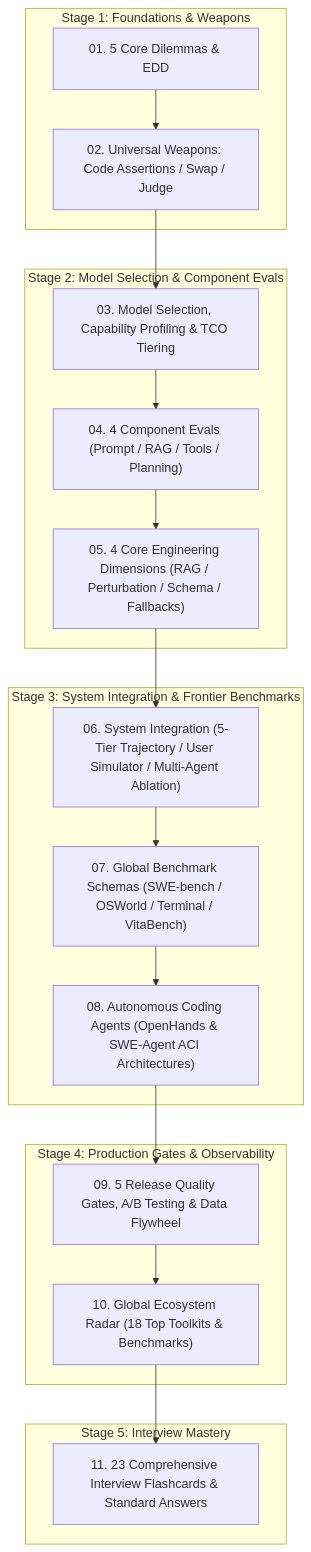
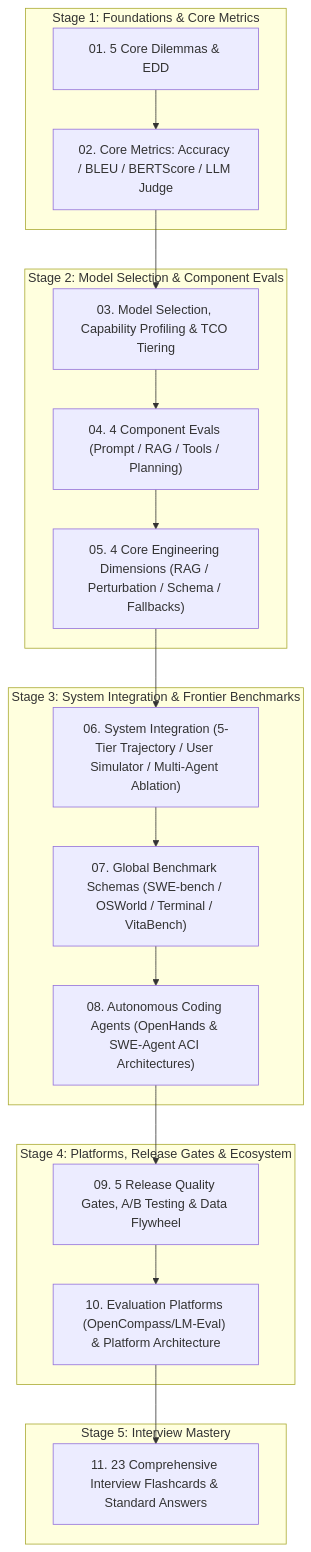
The diagram in README_EN.md (Anlon-27/awesome-agent-eval), drawn with Mermaid before and after one commit. The commit also changed other lines of this file and 3 other files, not shown here.

Commit message:
feat: Add core metrics (Accuracy, BLEU, BERTScore) & OpenCompass evaluation platform architecture

````diff
--- a/README_EN.md
+++ b/README_EN.md
@@ -30,27 +30,27 @@
 ```mermaid
 graph TD
-    subgraph STAGE1["Stage 1: Foundations & Weapons"]
-        D1["01. 5 Core Dilemmas & EDD"] --> D2["02. Universal Weapons: Code Assertions / Swap / Judge"]
+    subgraph STAGE1["Stage 1: Foundations & Core Metrics"]
+        D1["01. 5 Core Dilemmas & EDD"] --> D2["02. Core Metrics: Accuracy / BLEU / BERTScore / LLM Judge"]
     end
 
     subgraph STAGE2["Stage 2: Model Selection & Component Evals"]
         D2 --> D3["03. Model Selection, Capability Profiling & TCO Tiering"]
         D3 --> D4["04. 4 Component Evals (Prompt / RAG / Tools / Planning)"]
         D4 --> D5["05. 4 Core Engineering Dimensions (RAG / Perturbation / Schema / Fallbacks)"]
     end
 
     subgraph STAGE3["Stage 3: System Integration & Frontier Benchmarks"]
         D5 --> D6["06. System Integration (5-Tier Trajectory / User Simulator / Multi-Agent Ablation)"]
         D6 --> D7["07. Global Benchmark Schemas (SWE-bench / OSWorld / Terminal / VitaBench)"]
         D7 --> D8["08. Autonomous Coding Agents (OpenHands & SWE-Agent ACI Architectures)"]
     end
 
-    subgraph STAGE4["Stage 4: Production Gates & Observability"]
+    subgraph STAGE4["Stage 4: Platforms, Release Gates & Ecosystem"]
         D8 --> D9["09. 5 Release Quality Gates, A/B Testing & Data Flywheel"]
-        D9 --> D10["10. Global Ecosystem Radar (18 Top Toolkits & Benchmarks)"]
+        D9 --> D10["10. Evaluation Platforms (OpenCompass/LM-Eval) & Platform Architecture"]
     end
 
     subgraph STAGE5["Stage 5: Interview Mastery"]
         D10 --> D11["11. 23 Comprehensive Interview Flashcards & Standard Answers"]
     end
 ```
````
